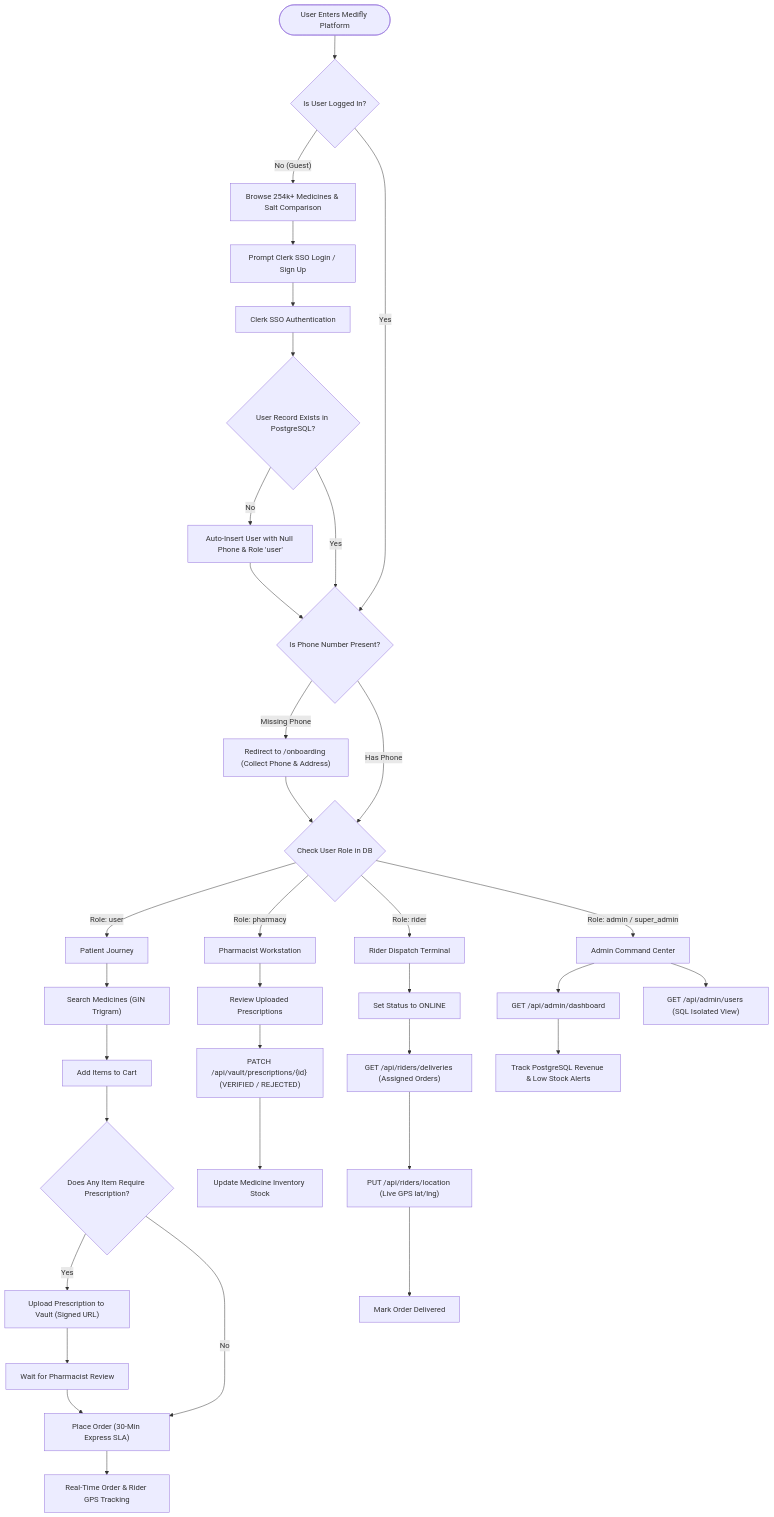
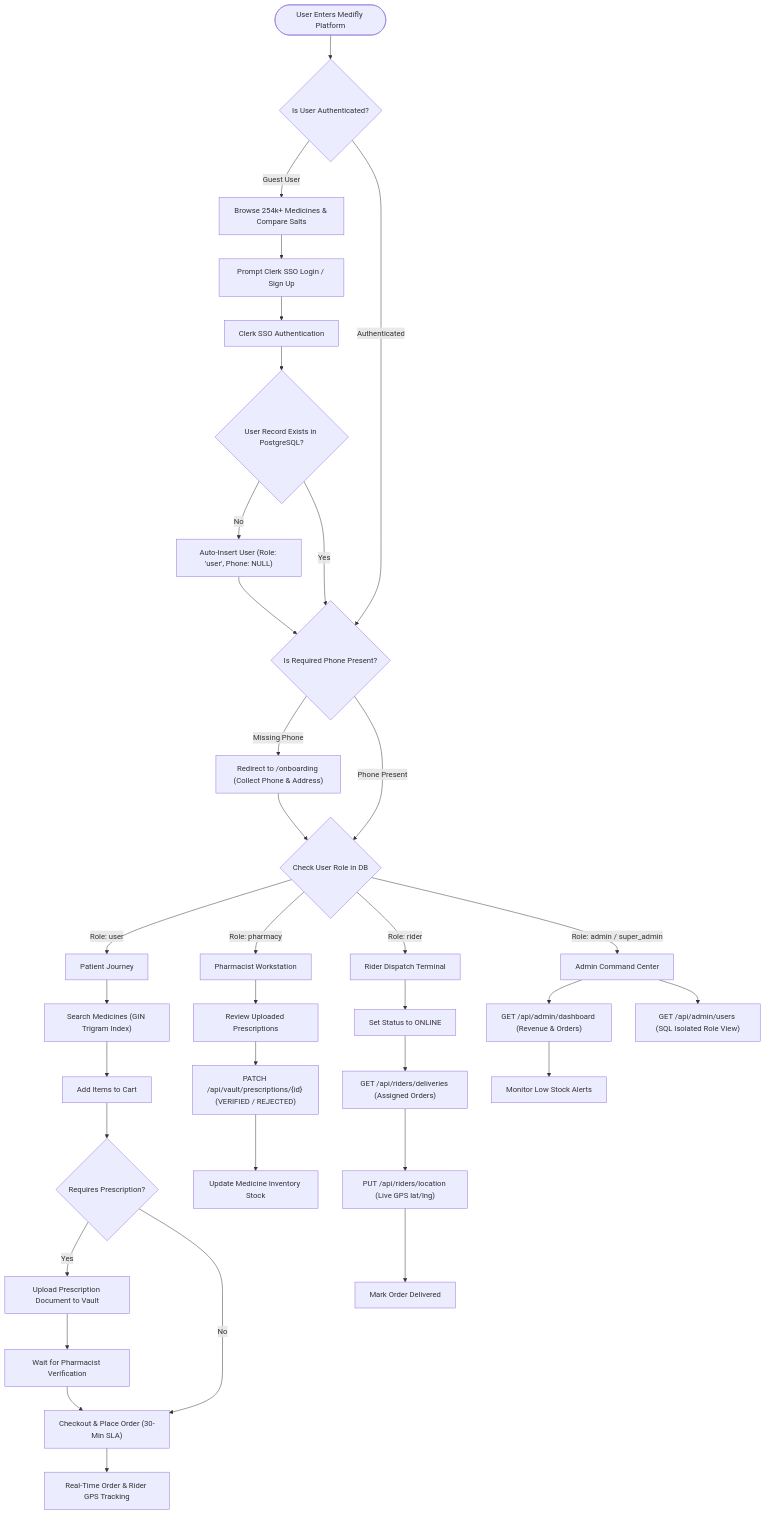
One commit to em-srs/Medifly changed the third of 5 diagrams in notes.md. Above: the diagram before and after it, drawn with Mermaid. The commit also changed other lines of this file, not shown here.

Commit message:
docs: restructure notes.md with 5 technical sections, quoted Mermaid diagrams, API schemas, and interview preparation Q&A

````diff
--- a/notes.md
+++ b/notes.md
@@ -94,43 +117,43 @@
 ```mermaid
 flowchart TD
-    Start(["User Enters Medifly Platform"]) --> Choice{"Is User Logged In?"}
+    Start(["User Enters Medifly Platform"]) --> Choice{"Is User Authenticated?"}
     
-    Choice -- "No (Guest)" --> GuestFlow["Browse 254k+ Medicines & Salt Comparison"]
+    Choice -- "Guest User" --> GuestFlow["Browse 254k+ Medicines & Compare Salts"]
     GuestFlow --> LoginReq["Prompt Clerk SSO Login / Sign Up"]
     LoginReq --> ClerkAuth["Clerk SSO Authentication"]
     ClerkAuth --> DBCheck{"User Record Exists in PostgreSQL?"}
-    DBCheck -- "No" --> AutoSync["Auto-Insert User with Null Phone & Role 'user'"]
-    DBCheck -- "Yes" --> OnboardCheck{"Is Phone Number Present?"}
+    DBCheck -- "No" --> AutoSync["Auto-Insert User (Role: 'user', Phone: NULL)"]
+    DBCheck -- "Yes" --> OnboardCheck{"Is Required Phone Present?"}
     AutoSync --> OnboardCheck
     
     OnboardCheck -- "Missing Phone" --> OnboardPage["Redirect to /onboarding (Collect Phone & Address)"]
     OnboardPage --> RoleCheck{"Check User Role in DB"}
-    OnboardCheck -- "Has Phone" --> RoleCheck
-    Choice -- "Yes" --> OnboardCheck
+    OnboardCheck -- "Phone Present" --> RoleCheck
+    Choice -- "Authenticated" --> OnboardCheck
 
-    RoleCheck -- "Role: user" --> UserJourney["Patient Journey"]
-    UserJourney --> SearchMed["Search Medicines (GIN Trigram)"]
+    RoleCheck -- "Role: user" --> PatientFlow["Patient Journey"]
+    PatientFlow --> SearchMed["Search Medicines (GIN Trigram Index)"]
     SearchMed --> AddCart["Add Items to Cart"]
-    AddCart --> RxCheck{"Does Any Item Require Prescription?"}
-    RxCheck -- "Yes" --> UploadRx["Upload Prescription to Vault (Signed URL)"]
-    UploadRx --> WaitVerify["Wait for Pharmacist Review"]
-    WaitVerify --> PlaceOrder["Place Order (30-Min Express SLA)"]
+    AddCart --> RxCheck{"Requires Prescription?"}
+    RxCheck -- "Yes" --> UploadRx["Upload Prescription Document to Vault"]
+    UploadRx --> WaitVerify["Wait for Pharmacist Verification"]
+    WaitVerify --> PlaceOrder["Checkout & Place Order (30-Min SLA)"]
     RxCheck -- "No" --> PlaceOrder
-    PlaceOrder --> OrderTrack["Real-Time Order & Rider GPS Tracking"]
+    PlaceOrder --> TrackOrder["Real-Time Order & Rider GPS Tracking"]
 
-    RoleCheck -- "Role: pharmacy" --> PharmaJourney["Pharmacist Workstation"]
-    PharmaJourney --> ReviewRx["Review Uploaded Prescriptions"]
+    RoleCheck -- "Role: pharmacy" --> PharmaFlow["Pharmacist Workstation"]
+    PharmaFlow --> ReviewRx["Review Uploaded Prescriptions"]
     ReviewRx --> ApproveRx["PATCH /api/vault/prescriptions/{id} (VERIFIED / REJECTED)"]
     ApproveRx --> StockManage["Update Medicine Inventory Stock"]
 
-    RoleCheck -- "Role: rider" --> RiderJourney["Rider Dispatch Terminal"]
-    RiderJourney --> ToggleStatus["Set Status to ONLINE"]
+    RoleCheck -- "Role: rider" --> RiderFlow["Rider Dispatch Terminal"]
+    RiderFlow --> ToggleStatus["Set Status to ONLINE"]
     ToggleStatus --> ReceiveOrder["GET /api/riders/deliveries (Assigned Orders)"]
     ReceiveOrder --> UpdateGPS["PUT /api/riders/location (Live GPS lat/lng)"]
     UpdateGPS --> CompleteDelivery["Mark Order Delivered"]
 
-    RoleCheck -- "Role: admin / super_admin" --> AdminJourney["Admin Command Center"]
-    AdminJourney --> ViewStats["GET /api/admin/dashboard"]
-    ViewStats --> MonitorRevenue["Track PostgreSQL Revenue & Low Stock Alerts"]
-    AdminJourney --> ManageUsers["GET /api/admin/users (SQL Isolated View)"]
+    RoleCheck -- "Role: admin / super_admin" --> AdminFlow["Admin Command Center"]
+    AdminFlow --> ViewStats["GET /api/admin/dashboard (Revenue & Orders)"]
+    ViewStats --> MonitorStock["Monitor Low Stock Alerts"]
+    AdminFlow --> ManageUsers["GET /api/admin/users (SQL Isolated Role View)"]
 ```
````
